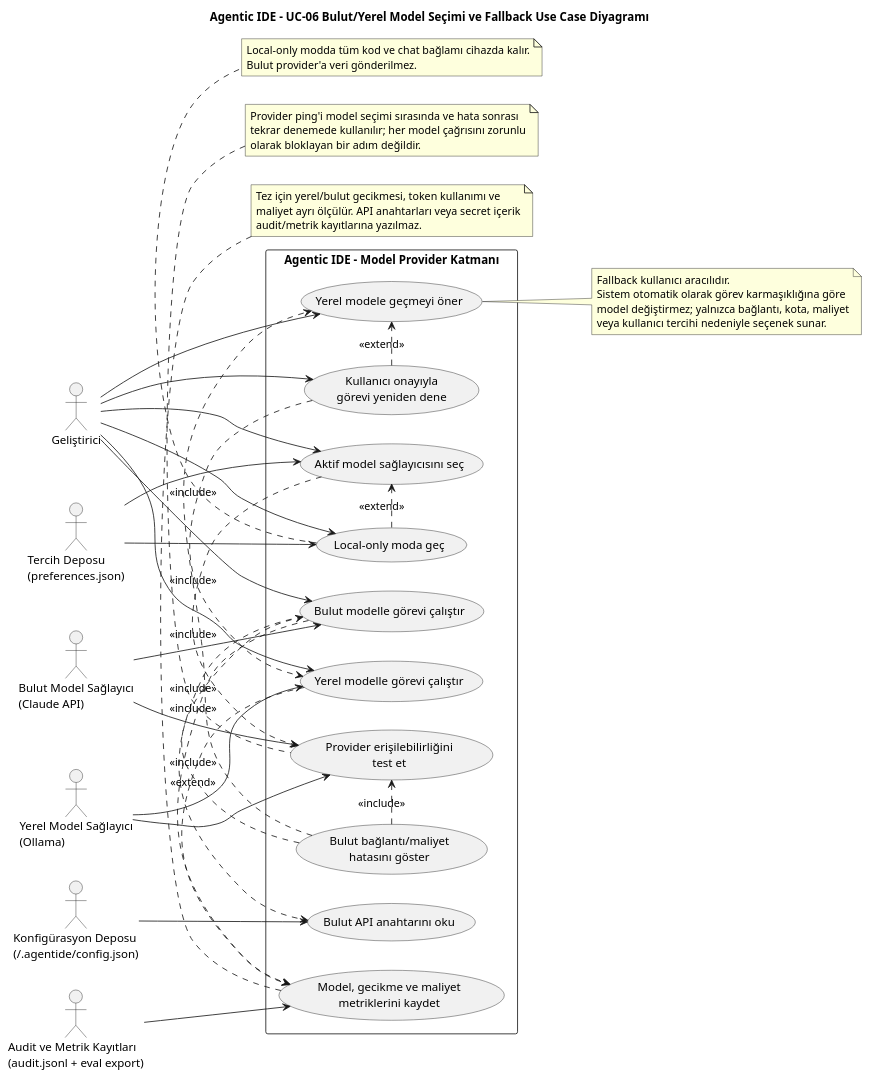
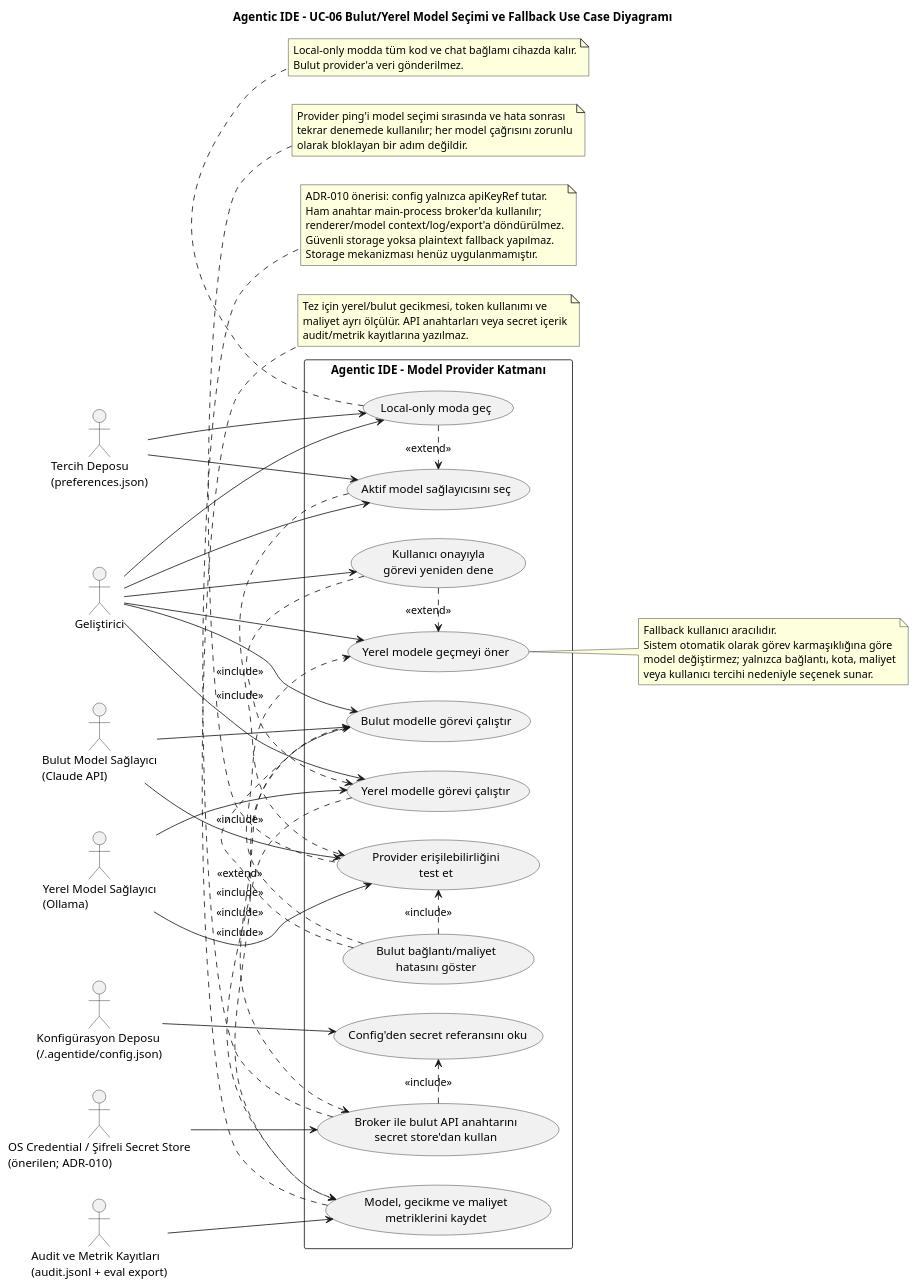
One commit to TurkishKEBAB/Agentic-Ide changed the diagram in diagrams/UC/UC-06-bulut-yerel-model-fallback.puml. Above: the diagram before and after it, drawn with PlantUML. The commit also changed 40 other files, not shown here.

```diff
--- a/diagrams/UC/UC-06-bulut-yerel-model-fallback.puml
+++ b/diagrams/UC/UC-06-bulut-yerel-model-fallback.puml
@@ -1,78 +1,90 @@
 @startuml UC_06_bulut_yerel_model_fallback
 title Agentic IDE - UC-06 Bulut/Yerel Model Seçimi ve Fallback Use Case Diyagramı
 left to right direction
 skinparam packageStyle rectangle
 skinparam shadowing false
 
 actor "Geliştirici" as Developer
 actor "Bulut Model Sağlayıcı\n(Claude API)" as CloudModel
 actor "Yerel Model Sağlayıcı\n(Ollama)" as LocalModel
 actor "Tercih Deposu\n(preferences.json)" as PreferenceStore
 actor "Konfigürasyon Deposu\n(~/.agentide/config.json)" as ConfigStore
+actor "OS Credential / Şifreli Secret Store\n(önerilen; ADR-010)" as SecretStore
 actor "Audit ve Metrik Kayıtları\n(audit.jsonl + eval export)" as MetricsStore
 
 rectangle "Agentic IDE - Model Provider Katmanı" {
   usecase "Aktif model sağlayıcısını seç" as UC_SelectProvider
   usecase "Provider erişilebilirliğini\ntest et" as UC_PingProvider
-  usecase "Bulut API anahtarını oku" as UC_LoadCloudKey
+  usecase "Config'den secret referansını oku" as UC_LoadKeyReference
+  usecase "Broker ile bulut API anahtarını\nsecret store'dan kullan" as UC_LoadCloudKey
   usecase "Bulut modelle görevi çalıştır" as UC_RunCloudTask
   usecase "Yerel modelle görevi çalıştır" as UC_RunLocalTask
   usecase "Bulut bağlantı/maliyet\nhatasını göster" as UC_ShowCloudFailure
   usecase "Yerel modele geçmeyi öner" as UC_OfferLocalFallback
   usecase "Kullanıcı onayıyla\ngörevi yeniden dene" as UC_RetryWithLocal
   usecase "Local-only moda geç" as UC_EnableLocalOnly
   usecase "Model, gecikme ve maliyet\nmetriklerini kaydet" as UC_RecordModelMetrics
 }
 
 Developer --> UC_SelectProvider
 Developer --> UC_RunCloudTask
 Developer --> UC_RunLocalTask
 Developer --> UC_OfferLocalFallback
 Developer --> UC_RetryWithLocal
 Developer --> UC_EnableLocalOnly
 
 UC_SelectProvider .> UC_PingProvider : <<include>>
 UC_RunCloudTask .> UC_LoadCloudKey : <<include>>
+UC_LoadCloudKey .> UC_LoadKeyReference : <<include>>
 UC_ShowCloudFailure .> UC_RunCloudTask : <<extend>>
 UC_ShowCloudFailure .> UC_PingProvider : <<include>>
 UC_ShowCloudFailure .> UC_OfferLocalFallback : <<include>>
 UC_RetryWithLocal .> UC_OfferLocalFallback : <<extend>>
 UC_RetryWithLocal .> UC_RunLocalTask : <<include>>
 UC_EnableLocalOnly .> UC_SelectProvider : <<extend>>
 UC_RunCloudTask .> UC_RecordModelMetrics : <<include>>
 UC_RunLocalTask .> UC_RecordModelMetrics : <<include>>
 
 CloudModel --> UC_PingProvider
-ConfigStore --> UC_LoadCloudKey
+ConfigStore --> UC_LoadKeyReference
+SecretStore --> UC_LoadCloudKey
 CloudModel --> UC_RunCloudTask
 LocalModel --> UC_PingProvider
 LocalModel --> UC_RunLocalTask
 PreferenceStore --> UC_SelectProvider
 PreferenceStore --> UC_EnableLocalOnly
 MetricsStore --> UC_RecordModelMetrics
 
 note right of UC_OfferLocalFallback
 Fallback kullanıcı aracılıdır.
 Sistem otomatik olarak görev karmaşıklığına göre
 model değiştirmez; yalnızca bağlantı, kota, maliyet
 veya kullanıcı tercihi nedeniyle seçenek sunar.
 end note
 
 note top of UC_PingProvider
 Provider ping'i model seçimi sırasında ve hata sonrası
 tekrar denemede kullanılır; her model çağrısını zorunlu
 olarak bloklayan bir adım değildir.
 end note
 
 note bottom of UC_EnableLocalOnly
 Local-only modda tüm kod ve chat bağlamı cihazda kalır.
 Bulut provider'a veri gönderilmez.
 end note
 
 note bottom of UC_RecordModelMetrics
 Tez için yerel/bulut gecikmesi, token kullanımı ve
 maliyet ayrı ölçülür. API anahtarları veya secret içerik
 audit/metrik kayıtlarına yazılmaz.
 end note
 
+note bottom of UC_LoadCloudKey
+ADR-010 önerisi: config yalnızca apiKeyRef tutar.
+Ham anahtar main-process broker'da kullanılır;
+renderer/model context/log/export'a döndürülmez.
+Güvenli storage yoksa plaintext fallback yapılmaz.
+Storage mekanizması henüz uygulanmamıştır.
+end note
+
 @enduml
```
